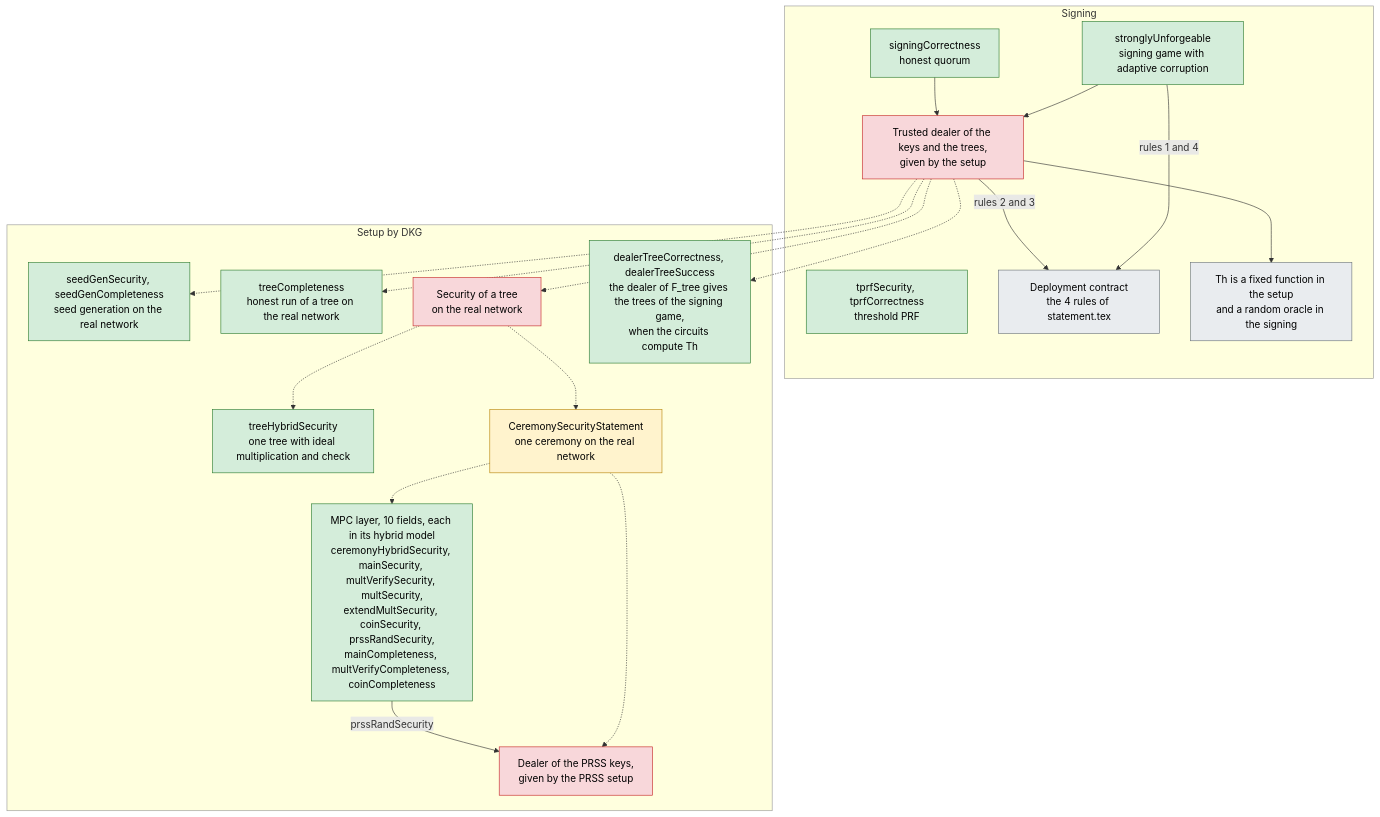
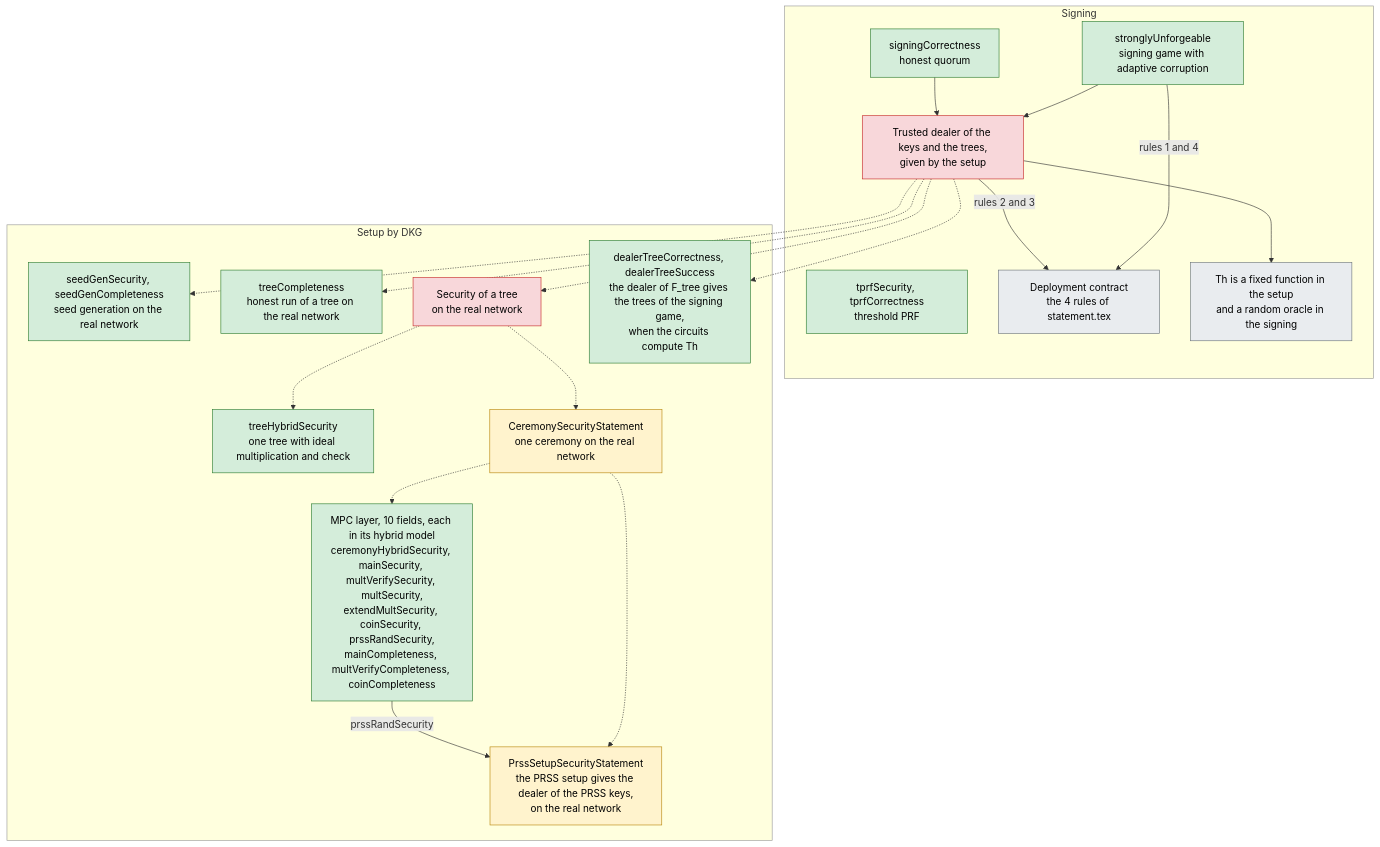
Before and after one commit to han0110/threshold-lean-xmss: the diagram in formal/README.md, drawn with Mermaid. The commit also changed other lines of this file and 10 other files, not shown here.

````diff
--- a/formal/README.md
+++ b/formal/README.md
@@ -59,45 +59,45 @@
 ```mermaid
 flowchart TB
   classDef proved fill:#d4edda,stroke:#2e7d32,color:#000
   classDef stated fill:#fff3cd,stroke:#b8860b,color:#000
   classDef missing fill:#f8d7da,stroke:#c62828,color:#000
   classDef assumed fill:#e9ecef,stroke:#6c757d,color:#000
 
   subgraph SIG["Signing"]
     SUF["stronglyUnforgeable<br/>signing game with adaptive corruption"]:::proved
     SCOR["signingCorrectness<br/>honest quorum"]:::proved
     TPRF["tprfSecurity, tprfCorrectness<br/>threshold PRF"]:::proved
     DEALT["Trusted dealer of the keys and the trees,<br/>given by the setup"]:::missing
     RULES["Deployment contract<br/>the 4 rules of statement.tex"]:::assumed
     HEUR["Th is a fixed function in the setup<br/>and a random oracle in the signing"]:::assumed
   end
 
   subgraph DKG["Setup by DKG"]
     SEED["seedGenSecurity, seedGenCompleteness<br/>seed generation on the real network"]:::proved
     TCOMP["treeCompleteness<br/>honest run of a tree on the real network"]:::proved
     THYB["treeHybridSecurity<br/>one tree with ideal multiplication and check"]:::proved
     TSEC["Security of a tree<br/>on the real network"]:::missing
     DEALER["dealerTreeCorrectness, dealerTreeSuccess<br/>the dealer of F_tree gives the trees of the signing game,<br/>when the circuits compute Th"]:::proved
     CSEC["CeremonySecurityStatement<br/>one ceremony on the real network"]:::stated
     MPC["MPC layer, 10 fields, each in its hybrid model<br/>ceremonyHybridSecurity, mainSecurity, multVerifySecurity, multSecurity,<br/>extendMultSecurity, coinSecurity, prssRandSecurity,<br/>mainCompleteness, multVerifyCompleteness, coinCompleteness"]:::proved
-    PKEYS["Dealer of the PRSS keys,<br/>given by the PRSS setup"]:::missing
+    PKEYS["PrssSetupSecurityStatement<br/>the PRSS setup gives the dealer of the PRSS keys,<br/>on the real network"]:::stated
   end
 
   style SIG stroke:#999999
   style DKG stroke:#999999
 
   SUF --> DEALT
   SCOR --> DEALT
   SUF -->|rules 1 and 4| RULES
   DEALT -->|rules 2 and 3| RULES
   DEALT --> HEUR
   DEALT -.-> SEED
   DEALT -.-> DEALER
   DEALT -.-> TCOMP
   DEALT -.-> TSEC
   TSEC -.-> THYB
   TSEC -.-> CSEC
   CSEC -.-> MPC
   CSEC -.-> PKEYS
   MPC -->|prssRandSecurity| PKEYS
 ```
````
